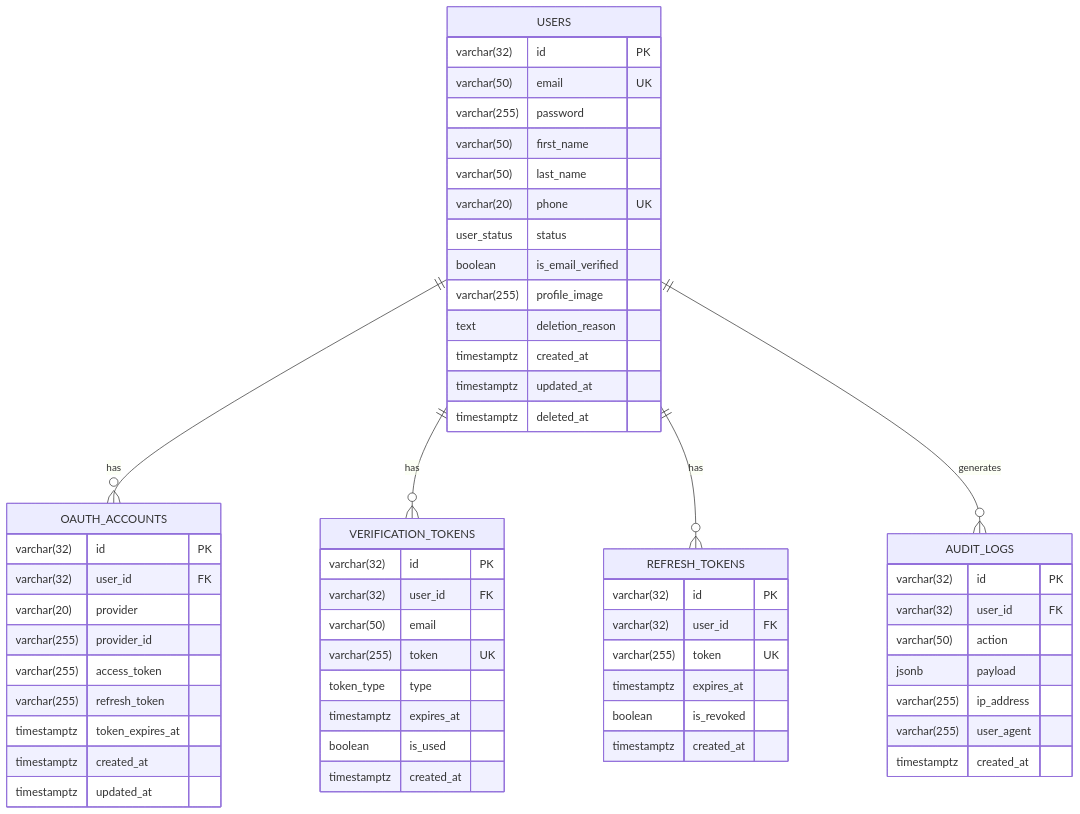
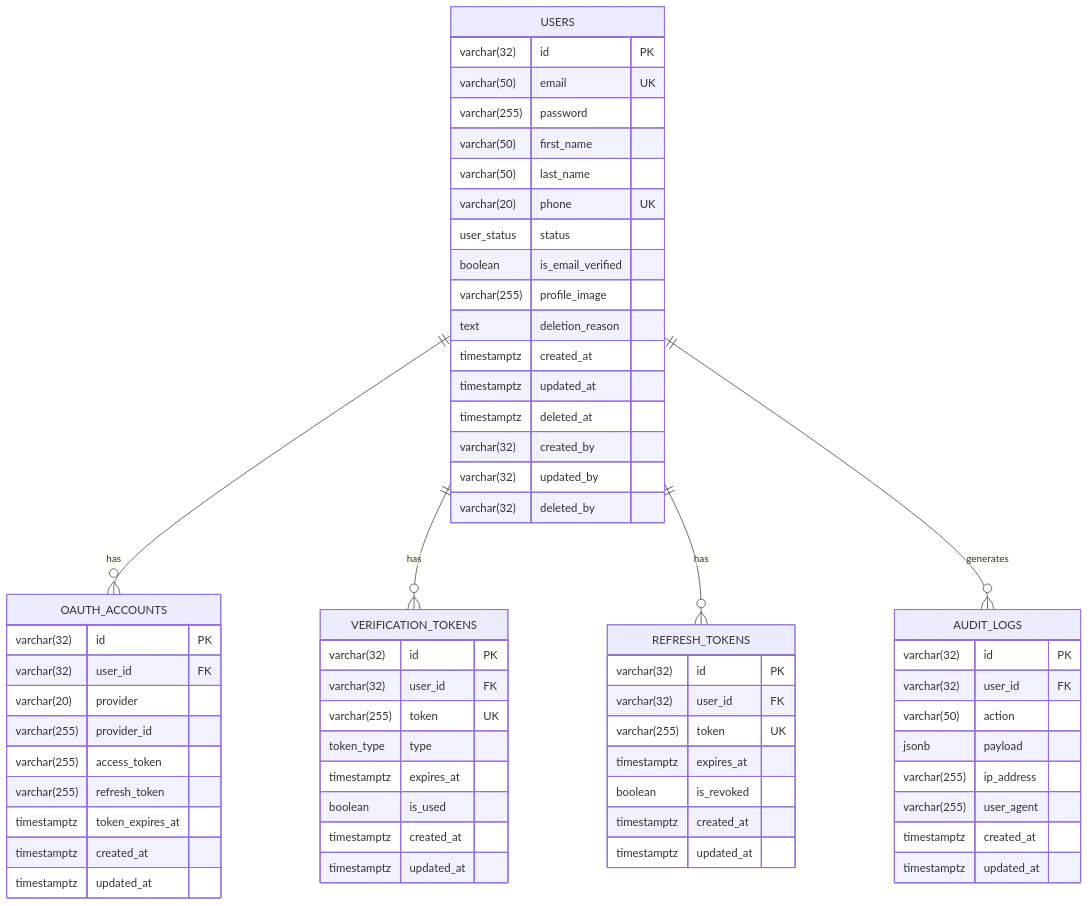
Before and after one commit to r14minji/Ron: the diagram in document/250218-사용자 기능 ERD.md, drawn with Mermaid. The commit also changed other lines of this file, not shown here.

Commit message:
fix: db column 추가 및 제거

````diff
--- a/document/250218-사용자 기능 ERD.md
+++ b/document/250218-사용자 기능 ERD.md
@@ -7,65 +7,70 @@
 ```mermaid
 erDiagram
     USERS {
         varchar(32) id PK
         varchar(50) email UK
         varchar(255) password
         varchar(50) first_name
         varchar(50) last_name
         varchar(20) phone UK
         user_status status
         boolean is_email_verified
         varchar(255) profile_image
         text deletion_reason
         timestamptz created_at
         timestamptz updated_at
         timestamptz deleted_at
+        varchar(32) created_by
+        varchar(32) updated_by
+        varchar(32) deleted_by
     }
 
     OAUTH_ACCOUNTS {
         varchar(32) id PK
         varchar(32) user_id FK
         varchar(20) provider
         varchar(255) provider_id
         varchar(255) access_token
         varchar(255) refresh_token
         timestamptz token_expires_at
         timestamptz created_at
         timestamptz updated_at
     }
 
     VERIFICATION_TOKENS {
         varchar(32) id PK
         varchar(32) user_id FK
-        varchar(50) email
         varchar(255) token UK
         token_type type
         timestamptz expires_at
         boolean is_used
         timestamptz created_at
+        timestamptz updated_at
     }
 
     REFRESH_TOKENS {
         varchar(32) id PK
         varchar(32) user_id FK
         varchar(255) token UK
         timestamptz expires_at
         boolean is_revoked
         timestamptz created_at
+        timestamptz updated_at
     }
 
     AUDIT_LOGS {
         varchar(32) id PK
         varchar(32) user_id FK
         varchar(50) action
         jsonb payload
         varchar(255) ip_address
         varchar(255) user_agent
         timestamptz created_at
+        timestamptz updated_at
     }
 
     USERS ||--o{ OAUTH_ACCOUNTS : has
     USERS ||--o{ VERIFICATION_TOKENS : has
     USERS ||--o{ REFRESH_TOKENS : has
     USERS ||--o{ AUDIT_LOGS : generates
 ```
````
